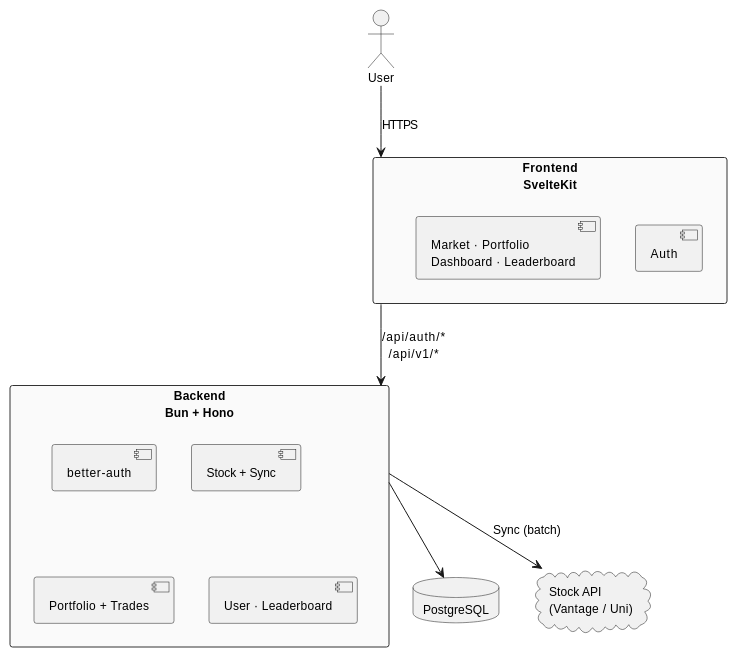
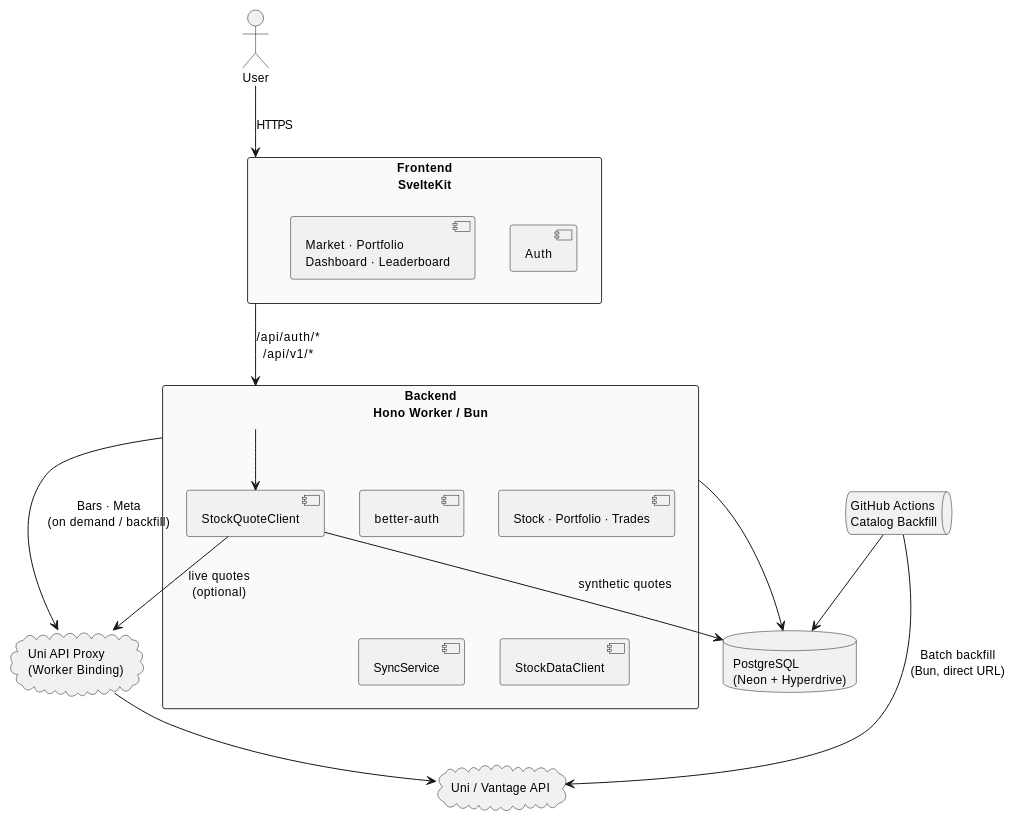
One commit to Scalerepublic/scalerepublic changed the diagram in docs/architecture.md. Above: the diagram before and after it, drawn with PlantUML. The commit also changed other lines of this file and 16 other files, not shown here.

First line of the commit message:
Refactor stock quote handling and enhance synchronization logic

````diff
--- a/docs/architecture.md
+++ b/docs/architecture.md
@@ -7,33 +7,42 @@
 ```plantuml
-@startuml ScaleRepublic_Soll
+@startuml ScaleRepublic
 skinparam shadowing false
 skinparam defaultFontSize 12
 skinparam rectangle {
   BackgroundColor #fafafa
   BorderColor #333
 }
 
 actor User
 
 rectangle "Frontend\nSvelteKit" as FE {
   [Auth]
   [Market · Portfolio\nDashboard · Leaderboard]
 }
 
-rectangle "Backend\nBun + Hono" as BE {
+rectangle "Backend\nHono Worker / Bun" as BE {
   [better-auth]
-  [Stock + Sync]
-  [Portfolio + Trades]
-  [User · Leaderboard]
+  [Stock · Portfolio · Trades]
+  [SyncService]
+  [StockQuoteClient]
+  [StockDataClient]
 }
 
-database "PostgreSQL" as DB
-cloud "Stock API\n(Vantage / Uni)" as EXT
+database "PostgreSQL\n(Neon + Hyperdrive)" as DB
+cloud "Uni API Proxy\n(Worker Binding)" as PROXY
+cloud "Uni / Vantage API" as EXT
+queue "GitHub Actions\nCatalog Backfill" as GHA
 
 User --> FE : HTTPS
 FE --> BE : /api/auth/*\n/api/v1/*
 BE --> DB
-BE --> EXT : Sync (batch)
+BE --> PROXY : Bars · Meta\n(on demand / backfill)
+PROXY --> EXT
+GHA --> EXT : Batch backfill\n(Bun, direct URL)
+GHA --> DB
+BE --> StockQuoteClient
+StockQuoteClient --> DB : synthetic quotes
+StockQuoteClient --> PROXY : live quotes\n(optional)
 
 @enduml
 ```
````
